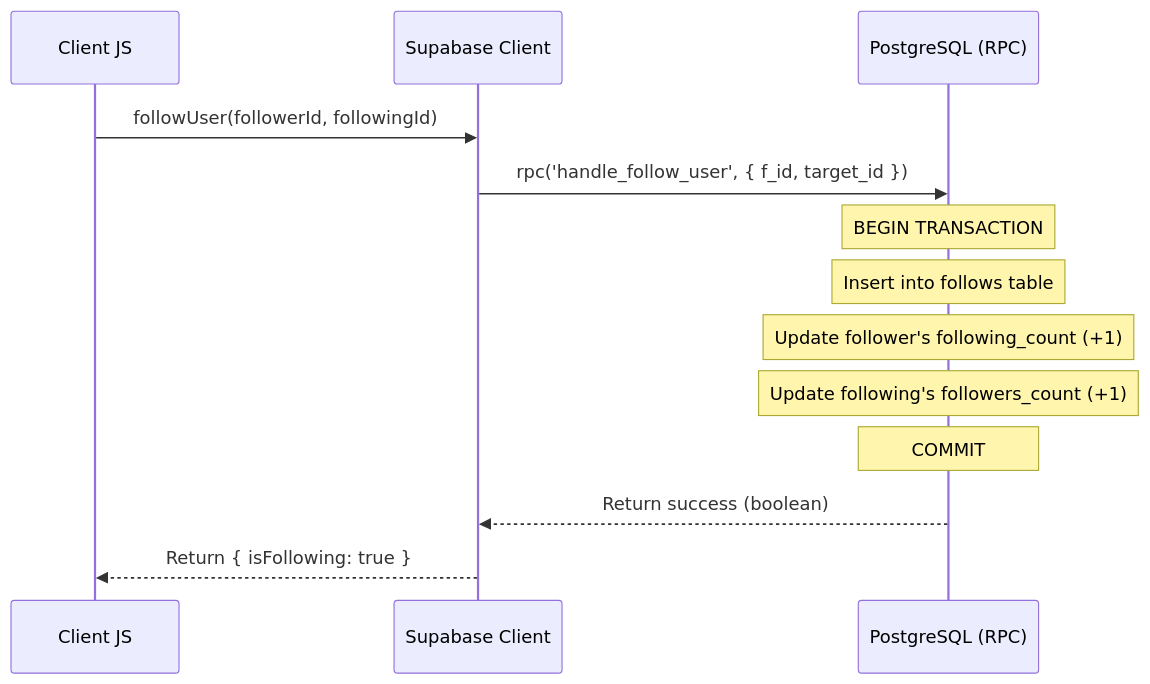
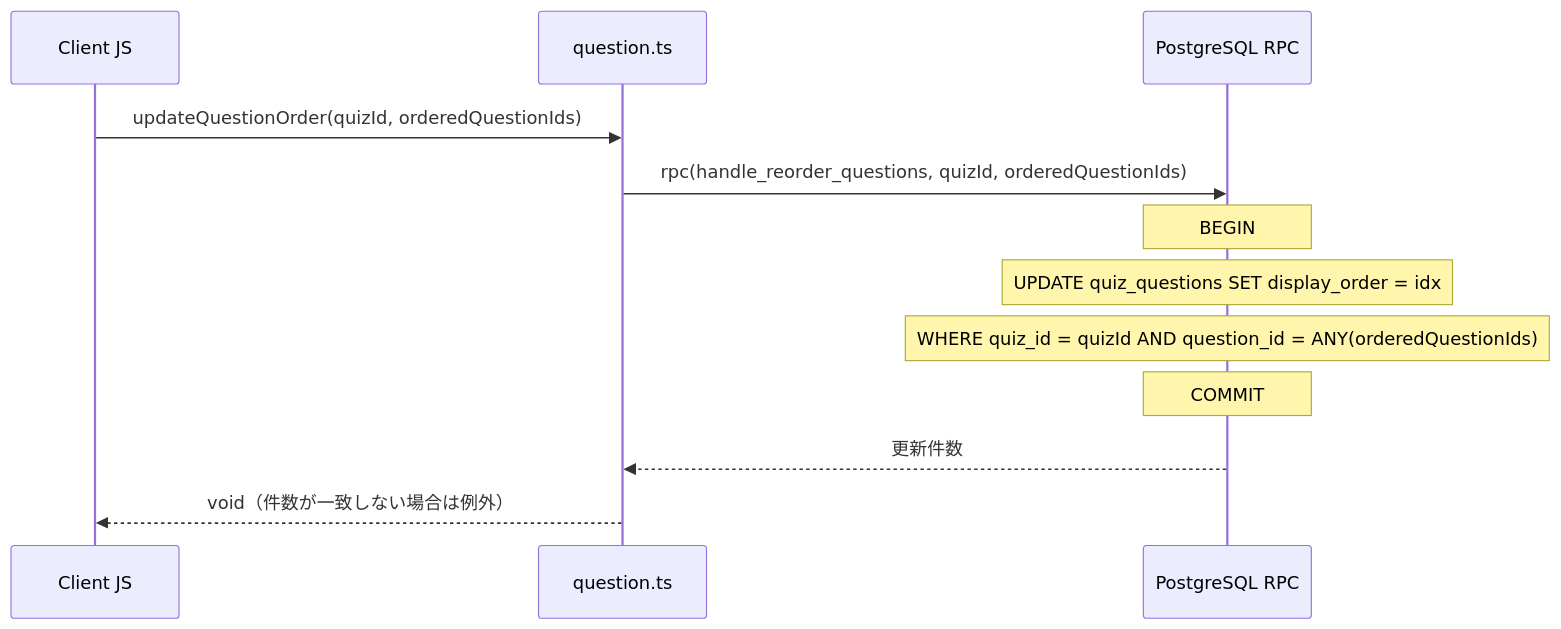
Before and after one commit to npressoworks/quizetika: the third of 6 diagrams in .kiro/specs/supabase-core-data/design.md, drawn with Mermaid. The commit also changed other lines of this file and 26 other files, not shown here.

````diff
--- a/.kiro/specs/supabase-core-data/design.md
+++ b/.kiro/specs/supabase-core-data/design.md
@@ -97,16 +157,15 @@
 ```mermaid
 sequenceDiagram
-    participant User as Client JS
-    participant Supabase as Supabase Client
-    participant DB as PostgreSQL (RPC)
-    
-    User->>Supabase: followUser(followerId, followingId)
-    Supabase->>DB: rpc('handle_follow_user', { f_id, target_id })
-    Note over DB: BEGIN TRANSACTION
-    Note over DB: Insert into follows table
-    Note over DB: Update follower's following_count (+1)
-    Note over DB: Update following's followers_count (+1)
+    participant Client as Client JS
+    participant Svc as question.ts
+    participant DB as PostgreSQL RPC
+
+    Client->>Svc: updateQuestionOrder(quizId, orderedQuestionIds)
+    Svc->>DB: rpc(handle_reorder_questions, quizId, orderedQuestionIds)
+    Note over DB: BEGIN
+    Note over DB: UPDATE quiz_questions SET display_order = idx
+    Note over DB: WHERE quiz_id = quizId AND question_id = ANY(orderedQuestionIds)
     Note over DB: COMMIT
-    DB-->>Supabase: Return success (boolean)
-    Supabase-->>User: Return { isFollowing: true }
+    DB-->>Svc: 更新件数
+    Svc-->>Client: void（件数が一致しない場合は例外）
 ```
````
